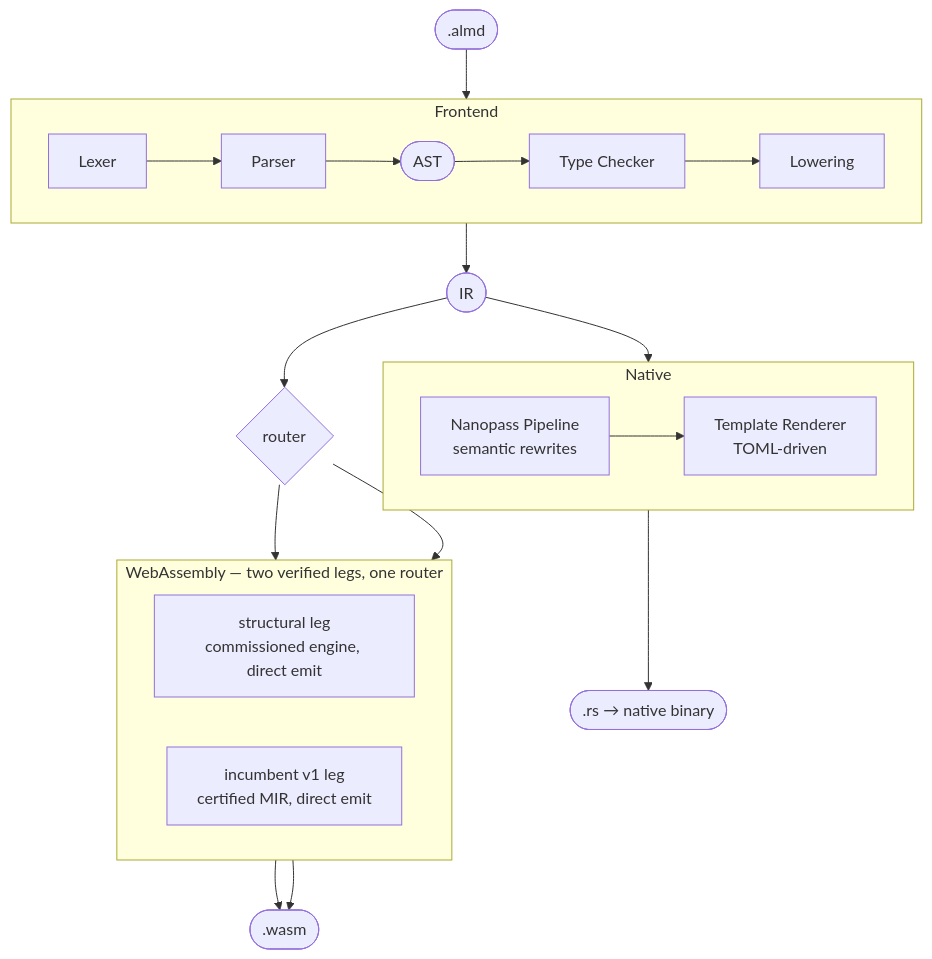
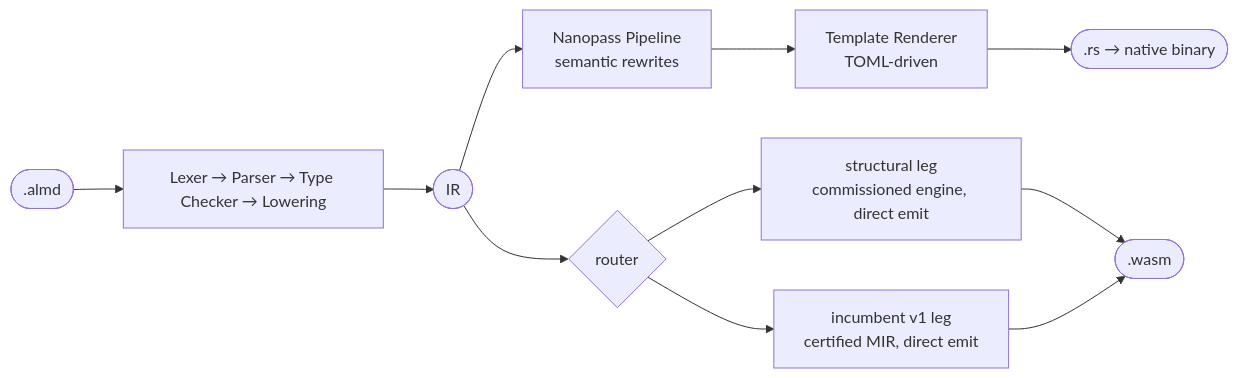
One commit to almide/almide changed the diagram in README.md. Above: the diagram before and after it, drawn with Mermaid. The commit also changed other lines of this file and 2 other files, not shown here.

````diff
--- a/README.md
+++ b/README.md
@@ -189,30 +174,8 @@
 ```mermaid
-flowchart TB
-    SRC([".almd"])
-
-    subgraph FE["Frontend"]
-        direction LR
-        LEX["Lexer"] --> PAR["Parser"] --> AST(["AST"]) --> CHK["Type Checker"] --> LOW["Lowering"]
-    end
-
-    subgraph RS["Native"]
-        direction LR
-        NANO["Nanopass Pipeline<br/>semantic rewrites"] --> TMPL["Template Renderer<br/>TOML-driven"]
-    end
-
-    subgraph WASM["WebAssembly — two verified legs, one router"]
-        direction LR
-        STRUCT["structural leg<br/>commissioned engine, direct emit"]
-        INCUMB["incumbent v1 leg<br/>certified MIR, direct emit"]
-    end
-
-    SRC --> LEX
-    LOW --> IR(["IR"])
-    IR --> NANO
+flowchart LR
+    SRC([".almd"]) --> FE["Lexer → Parser → Type Checker → Lowering"] --> IR(["IR"])
+    IR --> NANO["Nanopass Pipeline<br/>semantic rewrites"] --> TMPL["Template Renderer<br/>TOML-driven"] --> RS([".rs → native binary"])
     IR --> ROUTER{"router"}
-    ROUTER --> STRUCT
-    ROUTER --> INCUMB
-    TMPL --> RSOUT([".rs → native binary"])
-    STRUCT --> WOUT([".wasm"])
-    INCUMB --> WOUT
+    ROUTER --> STRUCT["structural leg<br/>commissioned engine, direct emit"] --> WASM([".wasm"])
+    ROUTER --> INCUMB["incumbent v1 leg<br/>certified MIR, direct emit"] --> WASM
 ```
````
